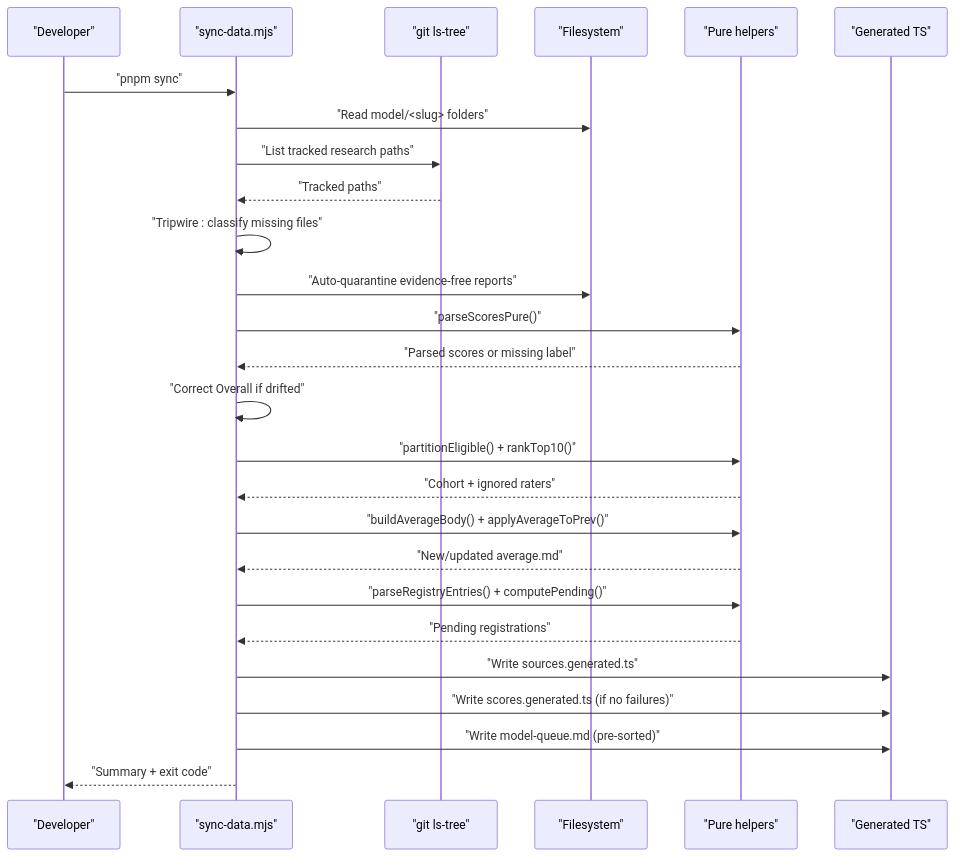
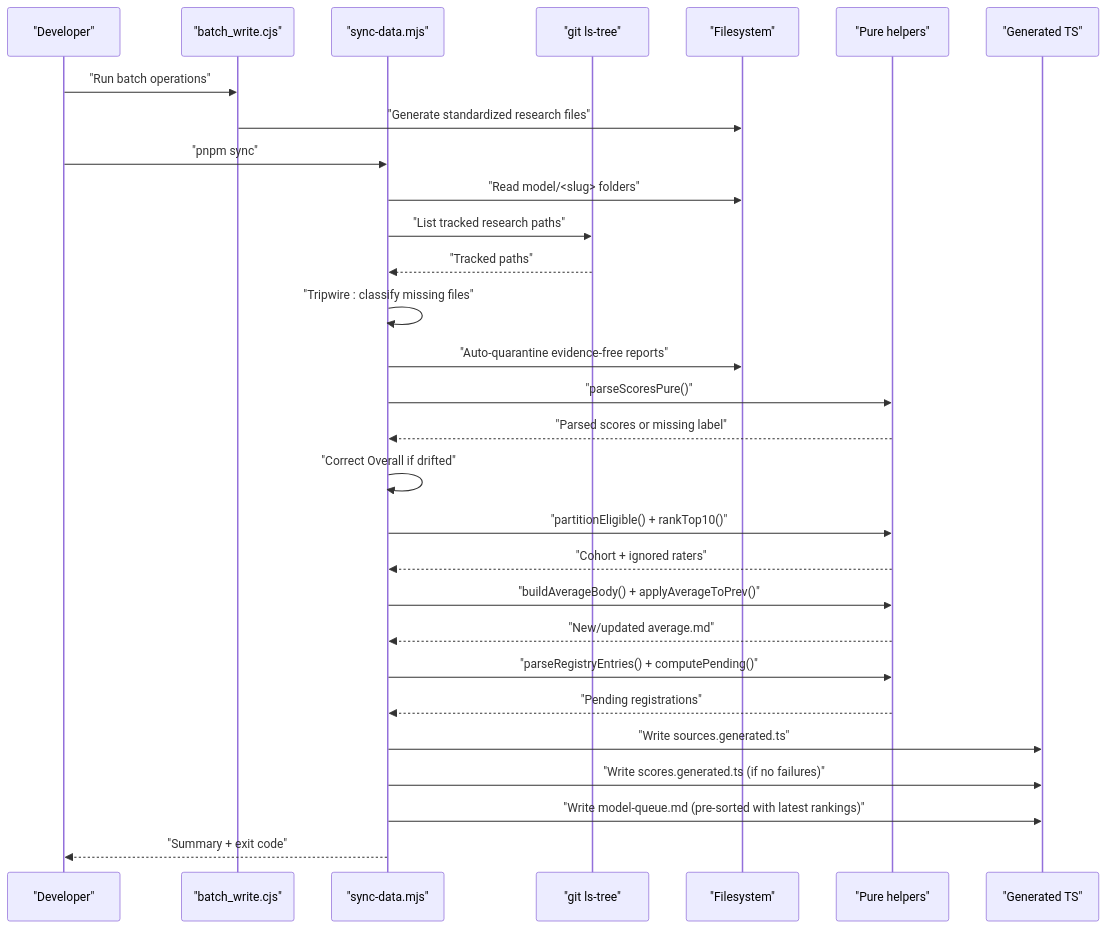
Before and after one commit to delirium-dj/modelcomp: the third of 8 diagrams in .qoder/repowiki/en/content/Build & Development Pipeline/Build & Development Pipeline.md, drawn with Mermaid. The commit also changed other lines of this file and 242 other files, not shown here.

First line of the commit message:
docs(pipeline): document batch operations and enhance model queue with rankings

````diff
--- a/.qoder/repowiki/en/content/Build & Development Pipeline/Build & Development Pipeline.md
+++ b/.qoder/repowiki/en/content/Build & Development Pipeline/Build & Development Pipeline.md
@@ -186,28 +203,31 @@
 ```mermaid
 sequenceDiagram
 participant Dev as "Developer"
+participant Batch as "batch_write.cjs"
 participant Sync as "sync-data.mjs"
 participant Git as "git ls-tree"
 participant FS as "Filesystem"
 participant Lib as "Pure helpers"
 participant Gen as "Generated TS"
+Dev->>Batch : "Run batch operations"
+Batch->>FS : "Generate standardized research files"
 Dev->>Sync : "pnpm sync"
 Sync->>FS : "Read model/<slug> folders"
 Sync->>Git : "List tracked research paths"
 Git-->>Sync : "Tracked paths"
 Sync->>Sync : "Tripwire : classify missing files"
 Sync->>FS : "Auto-quarantine evidence-free reports"
 Sync->>Lib : "parseScoresPure()"
 Lib-->>Sync : "Parsed scores or missing label"
 Sync->>Sync : "Correct Overall if drifted"
 Sync->>Lib : "partitionEligible() + rankTop10()"
 Lib-->>Sync : "Cohort + ignored raters"
 Sync->>Lib : "buildAverageBody() + applyAverageToPrev()"
 Lib-->>Sync : "New/updated average.md"
 Sync->>Lib : "parseRegistryEntries() + computePending()"
 Lib-->>Sync : "Pending registrations"
 Sync->>Gen : "Write sources.generated.ts"
 Sync->>Gen : "Write scores.generated.ts (if no failures)"
-Sync->>Gen : "Write model-queue.md (pre-sorted)"
+Sync->>Gen : "Write model-queue.md (pre-sorted with latest rankings)"
 Sync-->>Dev : "Summary + exit code"
 ```
````
